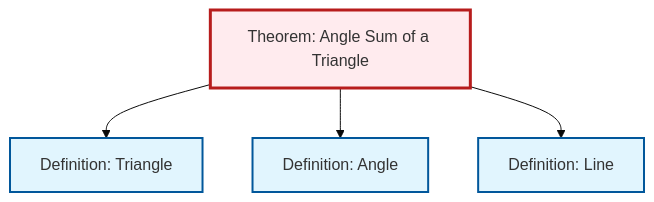
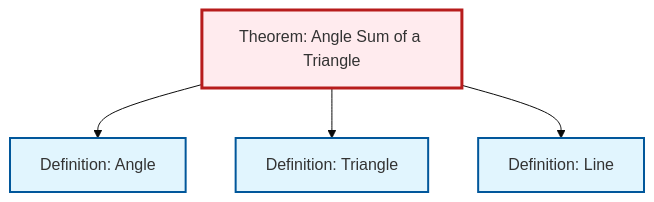
Before and after one commit to RK0429/ModernMath: the diagram in content/en/geometry/thm-angle-sum-triangle.qmd, drawn with Mermaid (base theme). The commit also changed other lines of this file and 328 other files, not shown here.

````diff
--- a/content/en/geometry/thm-angle-sum-triangle.qmd
+++ b/content/en/geometry/thm-angle-sum-triangle.qmd
@@ -57,20 +57,20 @@
 ```{mermaid}
 %%| fig-cap: "Local dependency graph"
 graph TD
     classDef definition fill:#e1f5fe,stroke:#01579b,stroke-width:2px
     classDef theorem fill:#f3e5f5,stroke:#4a148c,stroke-width:2px
     classDef axiom fill:#fff3e0,stroke:#e65100,stroke-width:2px
     classDef example fill:#e8f5e9,stroke:#1b5e20,stroke-width:2px
     classDef current fill:#ffebee,stroke:#b71c1c,stroke-width:3px
     def-triangle["Definition: Triangle"]:::definition
+    def-angle["Definition: Angle"]:::definition
+    thm-angle-sum-triangle["Theorem: Angle Sum of a Triangle"]:::theorem
     def-line["Definition: Line"]:::definition
-    thm-angle-sum-triangle["Theorem: Angle Sum of a Triangle"]:::theorem
-    def-angle["Definition: Angle"]:::definition
+    thm-angle-sum-triangle --> def-angle
     thm-angle-sum-triangle --> def-triangle
-    thm-angle-sum-triangle --> def-angle
     thm-angle-sum-triangle --> def-line
     class thm-angle-sum-triangle current
     click def-triangle "def-triangle.html" "Go to Triangle definition"
+    click def-angle "def-angle.html" "Go to Angle definition"
     click def-line "def-line.html" "Go to Line definition"
-    click def-angle "def-angle.html" "Go to Angle definition"
 ```
````
